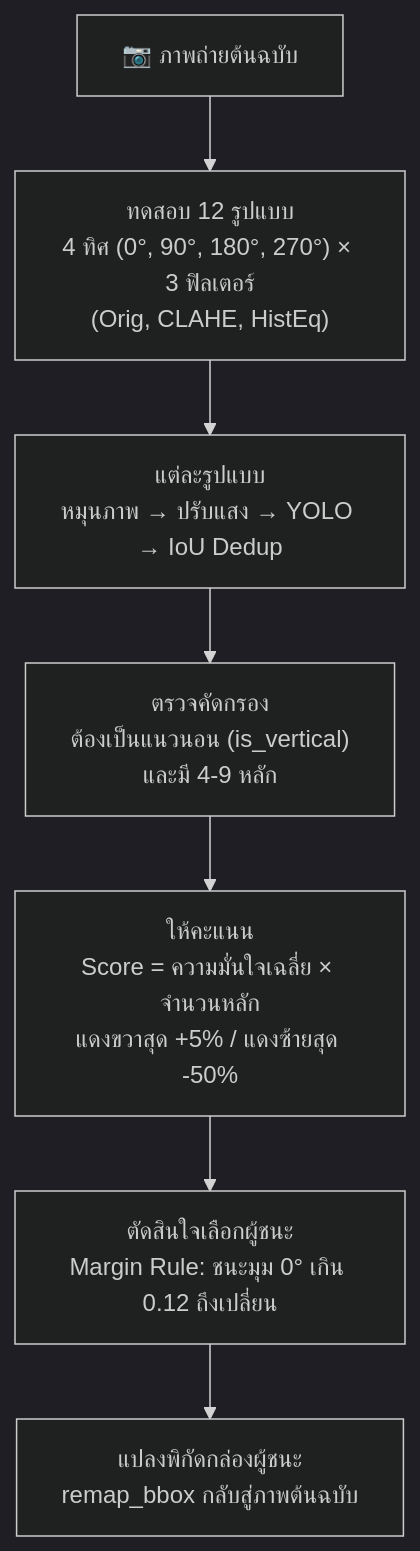
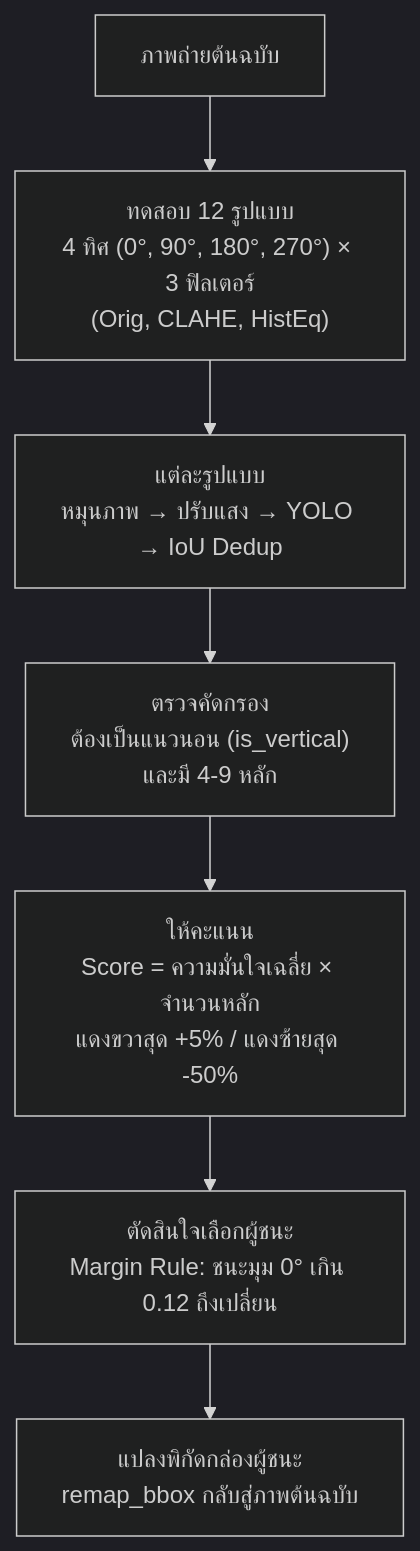
The third of 4 diagrams in TUTORIAL.md (jirathxz/meter-reader), drawn with Mermaid (dark theme) before and after one commit. The commit also changed other lines of this file and 1 other file, not shown here.

````diff
--- a/TUTORIAL.md
+++ b/TUTORIAL.md
@@ -546,9 +546,9 @@
 ```mermaid
 flowchart TD
-    A["📷 ภาพถ่ายต้นฉบับ"] --> B["ทดสอบ 12 รูปแบบ<br/>4 ทิศ (0°, 90°, 180°, 270°) × 3 ฟิลเตอร์<br/>(Orig, CLAHE, HistEq)"]
-    B --> C["แต่ละรูปแบบ<br/>หมุนภาพ → ปรับแสง → YOLO → IoU Dedup"]
-    C --> D["ตรวจคัดกรอง<br/>ต้องเป็นแนวนอน (is_vertical)<br/>และมี 4-9 หลัก"]
-    D --> E["ให้คะแนน<br/>Score = ความมั่นใจเฉลี่ย × จำนวนหลัก<br/>แดงขวาสุด +5% / แดงซ้ายสุด -50%"]
-    E --> F["ตัดสินใจเลือกผู้ชนะ<br/>Margin Rule: ชนะมุม 0° เกิน 0.12 ถึงเปลี่ยน"]
-    F --> G["แปลงพิกัดกล่องผู้ชนะ<br/>remap_bbox กลับสู่ภาพต้นฉบับ"]
+ A[" ภาพถ่ายต้นฉบับ"] --> B["ทดสอบ 12 รูปแบบ<br/>4 ทิศ (0°, 90°, 180°, 270°) × 3 ฟิลเตอร์<br/>(Orig, CLAHE, HistEq)"]
+ B --> C["แต่ละรูปแบบ<br/>หมุนภาพ → ปรับแสง → YOLO → IoU Dedup"]
+ C --> D["ตรวจคัดกรอง<br/>ต้องเป็นแนวนอน (is_vertical)<br/>และมี 4-9 หลัก"]
+ D --> E["ให้คะแนน<br/>Score = ความมั่นใจเฉลี่ย × จำนวนหลัก<br/>แดงขวาสุด +5% / แดงซ้ายสุด -50%"]
+ E --> F["ตัดสินใจเลือกผู้ชนะ<br/>Margin Rule: ชนะมุม 0° เกิน 0.12 ถึงเปลี่ยน"]
+ F --> G["แปลงพิกัดกล่องผู้ชนะ<br/>remap_bbox กลับสู่ภาพต้นฉบับ"]
 ```
````
